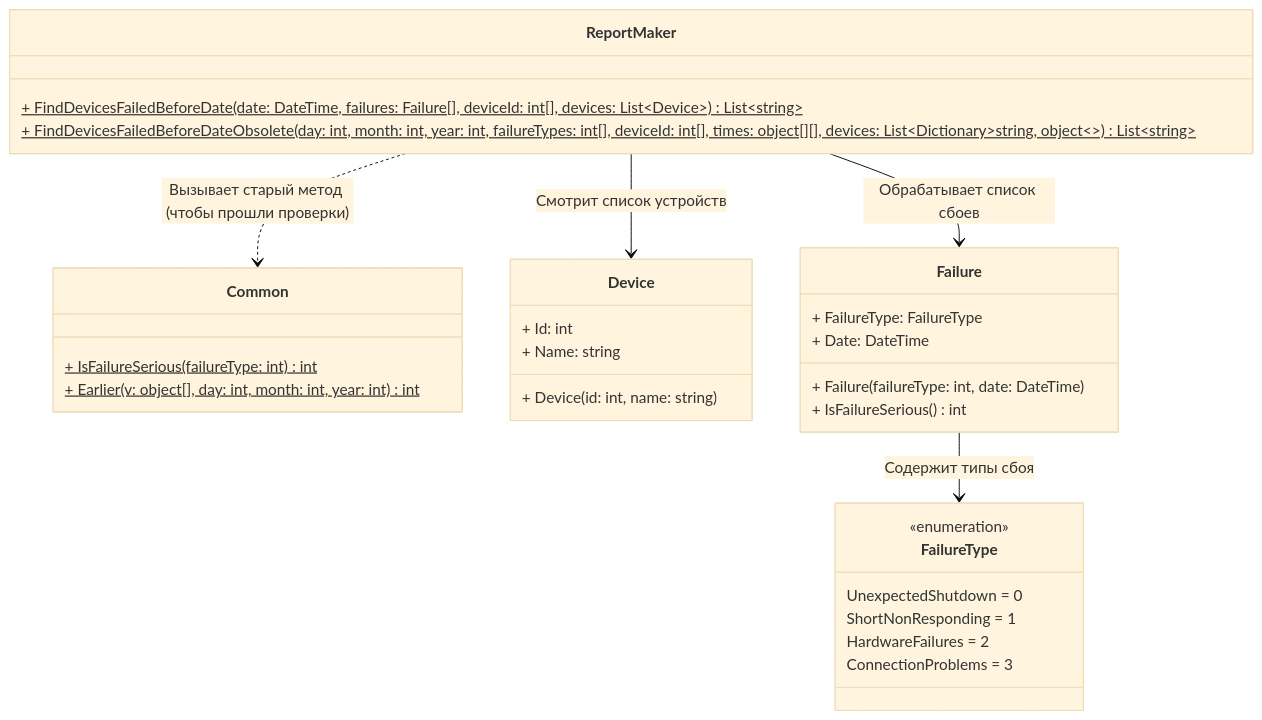
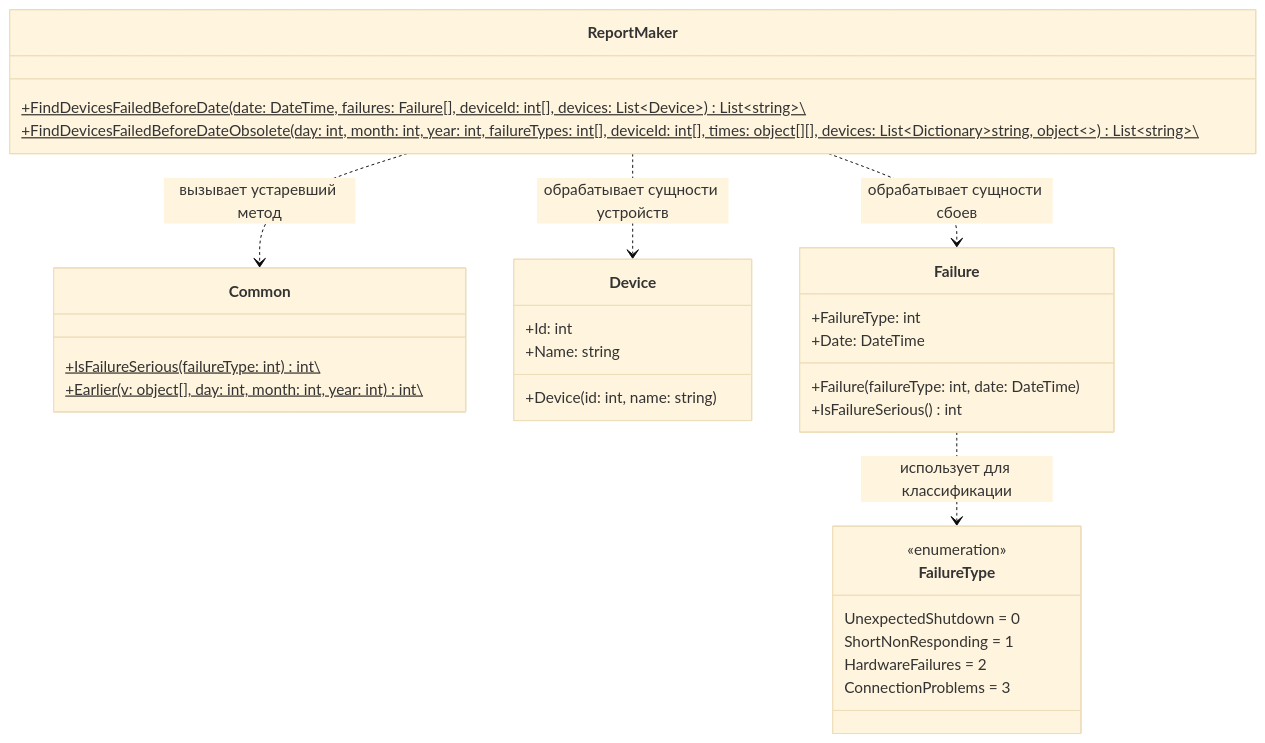
Before and after one commit to Du2Vi-lab/Ulearn-Tasks: the diagram in sboi.md, drawn with Mermaid (base theme).

````diff
--- a/sboi.md
+++ b/sboi.md
@@ -8,39 +8,38 @@
 ```mermaid
 classDiagram
     class FailureType {
         <<enumeration>>
         UnexpectedShutdown = 0
         ShortNonResponding = 1
         HardwareFailures = 2
         ConnectionProblems = 3
     }
 
     class Common {
-        + IsFailureSerious(failureType: int) int$
-        + Earlier(v: object[], day: int, month: int, year: int) int$
+        +IsFailureSerious(failureType: int) int\$
+        +Earlier(v: object[], day: int, month: int, year: int) int\$
     }
 
     class Device {
-        + Id: int
-        + Name: string
-        + Device(id: int, name: string)
+        +Id: int
+        +Name: string
+        +Device(id: int, name: string)
     }
 
     class Failure {
-        + FailureType: FailureType
-        + Date: DateTime
-        + Failure(failureType: int, date: DateTime)
-        + IsFailureSerious() int
+        +FailureType: int
+        +Date: DateTime
+        +Failure(failureType: int, date: DateTime)
+        +IsFailureSerious() int
     }
 
     class ReportMaker {
-        + FindDevicesFailedBeforeDate(date: DateTime, failures: Failure[], deviceId: int[], devices: List~Device~) List~string~$
-        + FindDevicesFailedBeforeDateObsolete(day: int, month: int, year: int, failureTypes: int[], deviceId: int[], times: object[][], devices: List~Dictionary~string, object~~) List~string~$
+        +FindDevicesFailedBeforeDate(date: DateTime, failures: Failure[], deviceId: int[], devices: List~Device~) List~string~\$
+        +FindDevicesFailedBeforeDateObsolete(day: int, month: int, year: int, failureTypes: int[], deviceId: int[], times: object[][], devices: List~Dictionary~string, object~~) List~string~\$
     }
 
-    %% Связи и подписи в точности как на твоем скриншоте + связь с enum
-    ReportMaker ..> Common : Вызывает старый метод (чтобы прошли проверки)
-    ReportMaker --> Device : Смотрит список устройств
-    ReportMaker --> Failure : Обрабатывает список сбоев
-    Failure --> FailureType : Содержит типы сбоя
+    ReportMaker ..> Common : вызывает устаревший метод
+    ReportMaker ..> Device : обрабатывает сущности устройств
+    ReportMaker ..> Failure : обрабатывает сущности сбоев
+    Failure ..> FailureType : использует для классификации
 ```
````
